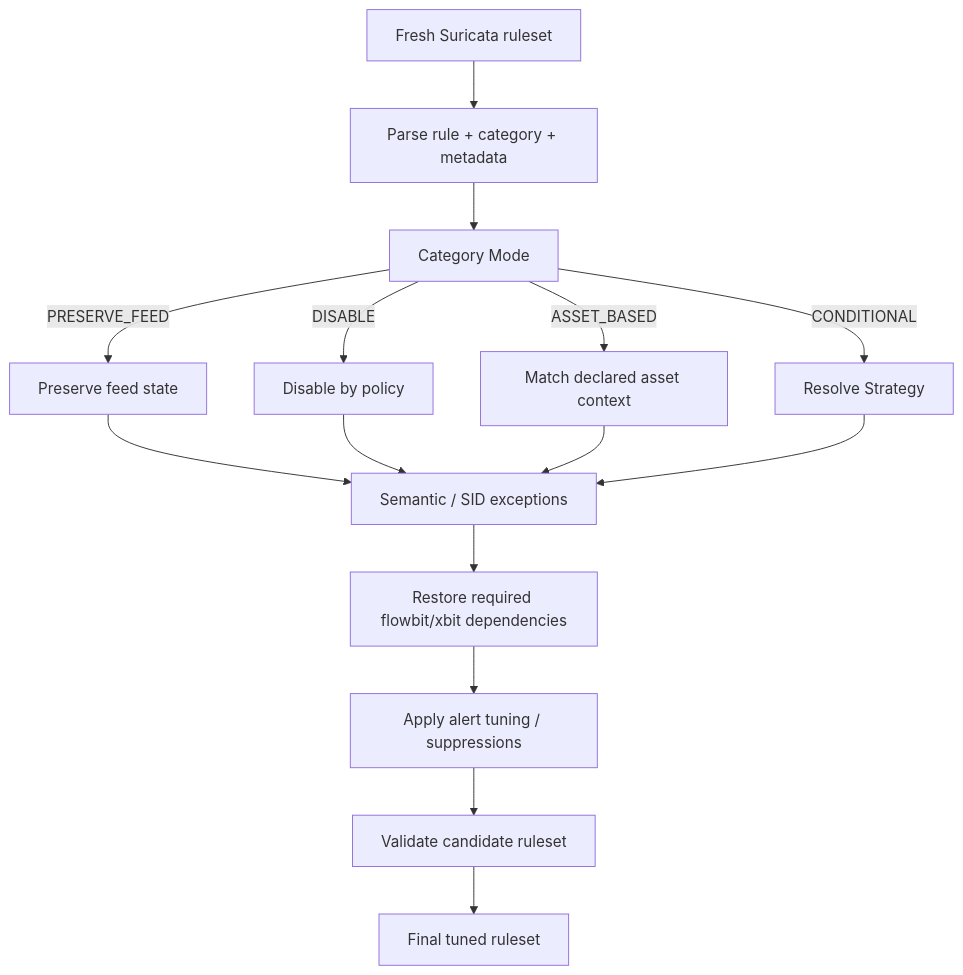
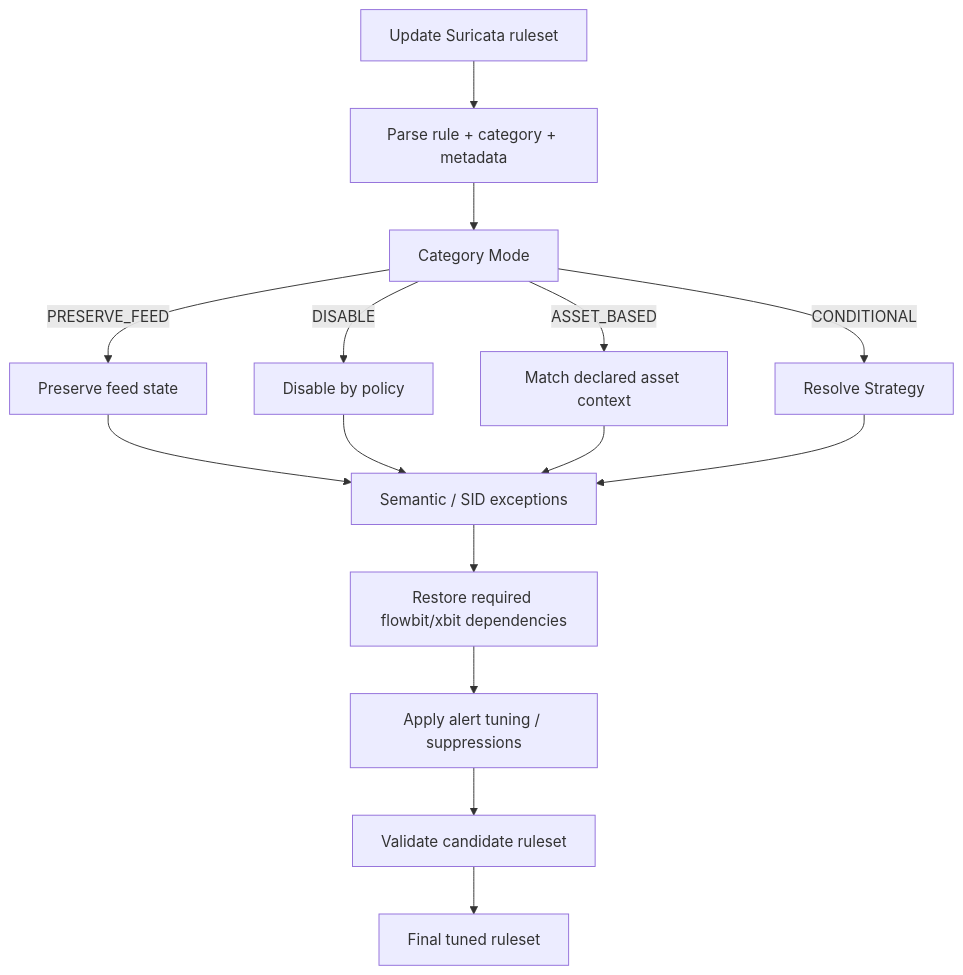
One commit to Estex-Core/Suricata-Policy-Engine changed the first of 4 diagrams in docs/HOW-IT-WORKS.md. Above: the diagram before and after it, drawn with Mermaid.

````diff
--- a/docs/HOW-IT-WORKS.md
+++ b/docs/HOW-IT-WORKS.md
@@ -5,17 +5,17 @@
 ```mermaid
 flowchart TD
-    A[Fresh Suricata ruleset] --> B[Parse rule + category + metadata]
+    A[Update Suricata ruleset] --> B[Parse rule + category + metadata]
     B --> C[Category Mode]
     C -->|PRESERVE_FEED| D[Preserve feed state]
     C -->|DISABLE| E[Disable by policy]
     C -->|ASSET_BASED| F[Match declared asset context]
     C -->|CONDITIONAL| G[Resolve Strategy]
     D --> H[Semantic / SID exceptions]
     E --> H
     F --> H
     G --> H
     H --> I[Restore required flowbit/xbit dependencies]
     I --> J[Apply alert tuning / suppressions]
     J --> K[Validate candidate ruleset]
     K --> L[Final tuned ruleset]
 ```
````
